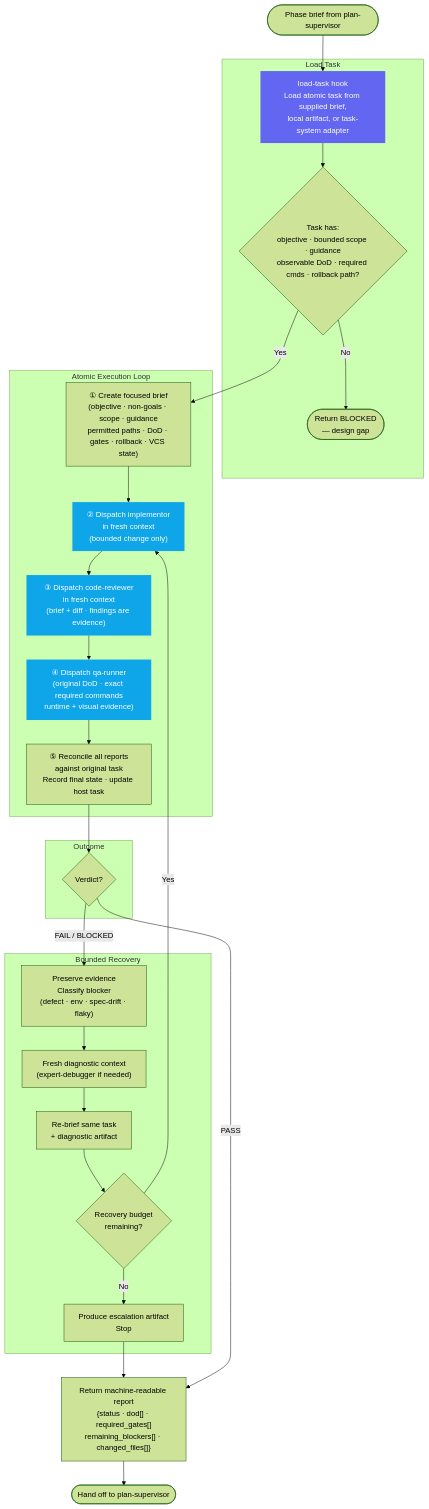
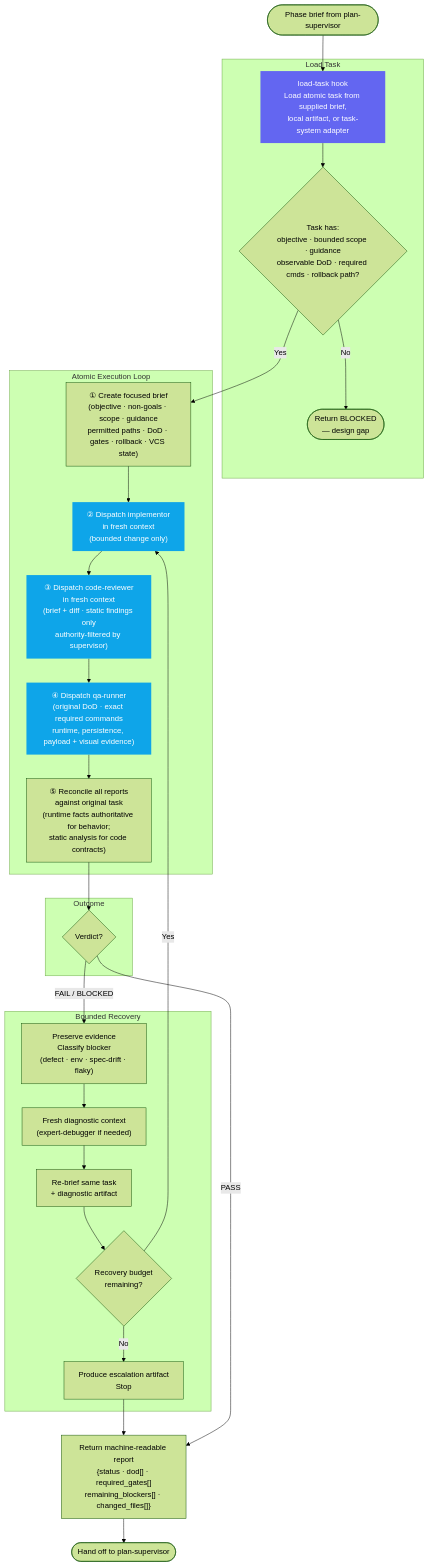
One commit to ericmaster/agent-fabric changed the first of 2 diagrams in docs/architecture/loop-supervisor.md. Above: the diagram before and after it, drawn with Mermaid (forest theme). The commit also changed other lines of this file and 13 other files, not shown here.

Commit message:
feat(seo): add comprehensive SEO metadata, OpenGraph cards, JSON-LD schemas, and visual assets

````diff
--- a/docs/architecture/loop-supervisor.md
+++ b/docs/architecture/loop-supervisor.md
@@ -10,56 +10,56 @@
 ```mermaid
 flowchart TD
     START([Phase brief from plan-supervisor]) --> LT
 
     subgraph "Load Task"
         LT["load-task hook\nLoad atomic task from supplied brief,\nlocal artifact, or task-system adapter"]
         VALIDATE{"Task has:\nobjective · bounded scope · guidance\nobservable DoD · required cmds · rollback path?"}
         BLOCKED_EARLY([Return BLOCKED\n— design gap])
     end
 
     LT --> VALIDATE
     VALIDATE -- No --> BLOCKED_EARLY
     VALIDATE -- Yes --> BRIEF
 
     subgraph "Atomic Execution Loop"
         BRIEF["① Create focused brief\n(objective · non-goals · scope · guidance\npermitted paths · DoD · gates · rollback · VCS state)"]
 
         IMPL["② Dispatch implementor\nin fresh context\n(bounded change only)"]
 
-        REV["③ Dispatch code-reviewer\nin fresh context\n(brief + diff · findings are evidence)"]
+        REV["③ Dispatch code-reviewer\nin fresh context\n(brief + diff · static findings only\nauthority-filtered by supervisor)"]
 
-        QA["④ Dispatch qa-runner\n(original DoD · exact required commands\nruntime + visual evidence)"]
+        QA["④ Dispatch qa-runner\n(original DoD · exact required commands\nruntime, persistence, payload + visual evidence)"]
 
-        RECONCILE["⑤ Reconcile all reports\nagainst original task\nRecord final state · update host task"]
+        RECONCILE["⑤ Reconcile all reports\nagainst original task\n(runtime facts authoritative for behavior;\nstatic analysis for code contracts)"]
     end
 
     BRIEF --> IMPL --> REV --> QA --> RECONCILE
 
     subgraph "Outcome"
         RESULT{Verdict?}
     end
 
     RECONCILE --> RESULT
 
     subgraph "Bounded Recovery"
         PRESERVE["Preserve evidence\nClassify blocker\n(defect · env · spec-drift · flaky)"]
         DIAG_CTX["Fresh diagnostic context\n(expert-debugger if needed)"]
         REBR["Re-brief same task\n+ diagnostic artifact"]
         BUDGET{Recovery budget\nremaining?}
         ESCALATE_ART["Produce escalation artifact\nStop"]
     end
 
     RESULT -- "FAIL / BLOCKED" --> PRESERVE --> DIAG_CTX --> REBR --> BUDGET
     BUDGET -- Yes --> IMPL
     BUDGET -- No --> ESCALATE_ART --> REPORT
 
     RESULT -- PASS --> REPORT
 
     REPORT["Return machine-readable report\n{status · dod[] · required_gates[]\nremaining_blockers[] · changed_files[]}"]
     REPORT --> DONE([Hand off to plan-supervisor])
 
     style LT fill:#6366f1,color:#fff,stroke:none
     style IMPL fill:#0ea5e9,color:#fff,stroke:none
     style REV fill:#0ea5e9,color:#fff,stroke:none
     style QA fill:#0ea5e9,color:#fff,stroke:none
 ```
````
